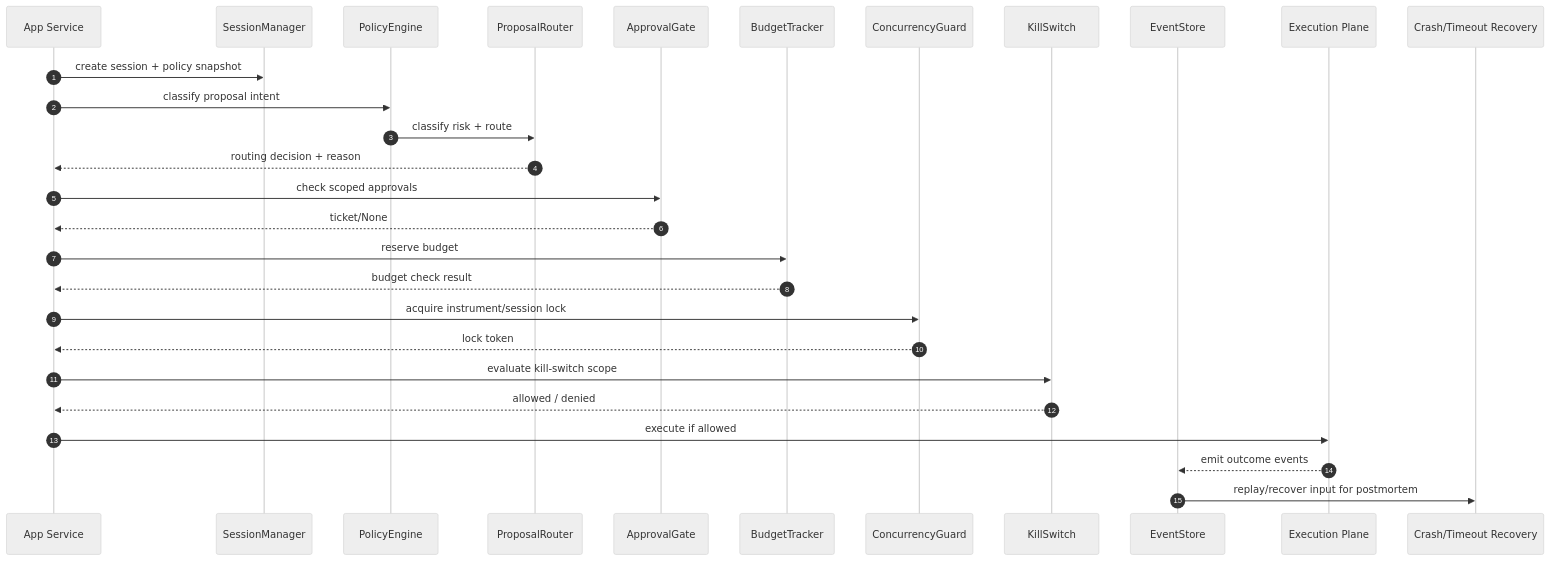
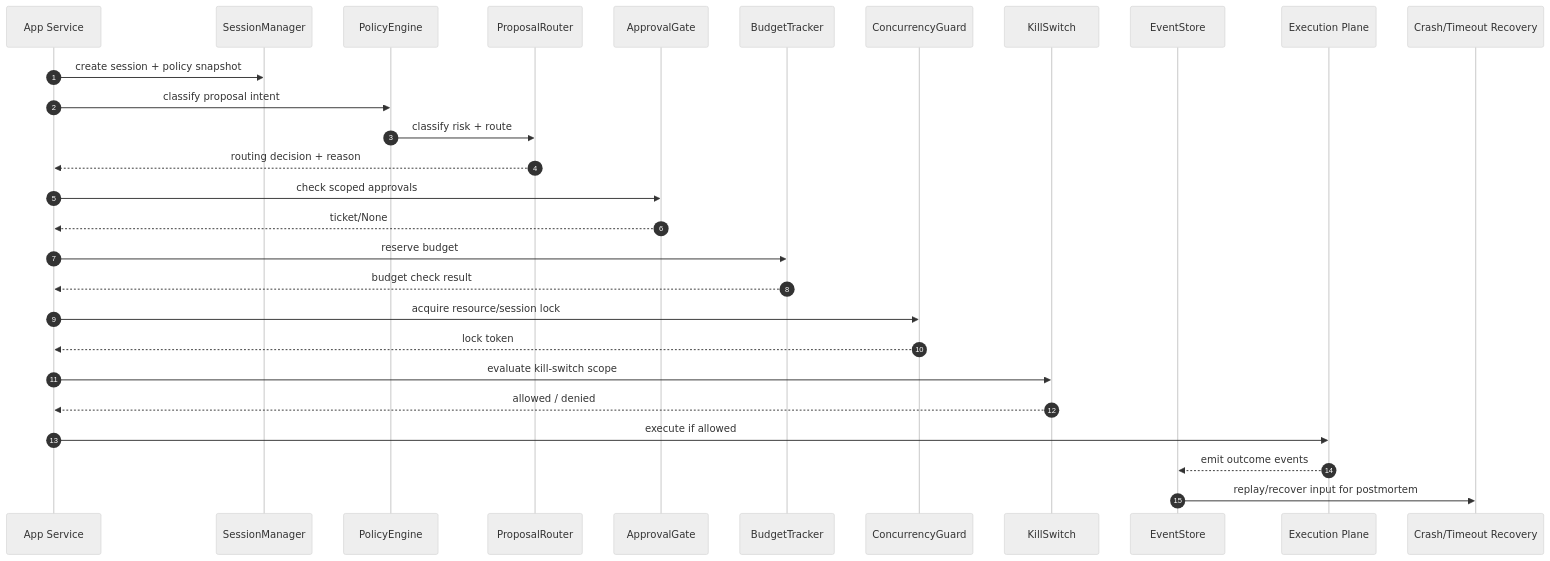
The diagram in docs/architecture.md (ryanwi/agent-control-plane), drawn with Mermaid (neutral theme) before and after one commit. The commit also changed 4 other files, not shown here.

````diff
--- a/docs/architecture.md
+++ b/docs/architecture.md
@@ -37,31 +37,31 @@
 ```mermaid
 sequenceDiagram
   autonumber
   participant App as App Service
   participant SP as SessionManager
   participant PE as PolicyEngine
   participant RT as ProposalRouter
   participant AG as ApprovalGate
   participant BT as BudgetTracker
   participant CG as ConcurrencyGuard
   participant KS as KillSwitch
   participant ES as EventStore
   participant EP as Execution Plane
   participant CR as Crash/Timeout Recovery
 
   App->>SP: create session + policy snapshot
   App->>PE: classify proposal intent
   PE->>RT: classify risk + route
   RT-->>App: routing decision + reason
   App->>AG: check scoped approvals
   AG-->>App: ticket/None
   App->>BT: reserve budget
   BT-->>App: budget check result
-  App->>CG: acquire instrument/session lock
+  App->>CG: acquire resource/session lock
   CG-->>App: lock token
   App->>KS: evaluate kill-switch scope
   KS-->>App: allowed / denied
   App->>EP: execute if allowed
   EP-->>ES: emit outcome events
   ES->>CR: replay/recover input for postmortem
 ```
````
